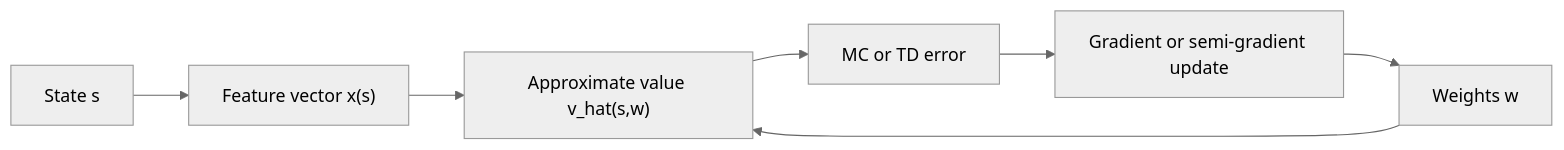
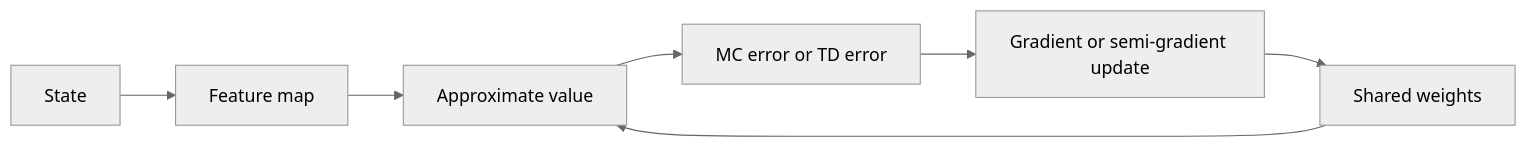
Before and after one commit to justinbrianhwang/SJ-wiki: the diagram in docs/cs/reinforcement-learning/on-policy-prediction-approximation.md, drawn with Mermaid (neutral theme). The commit also changed other lines of this file and 166 other files, not shown here.

````diff
--- a/docs/cs/reinforcement-learning/on-policy-prediction-approximation.md
+++ b/docs/cs/reinforcement-learning/on-policy-prediction-approximation.md
@@ -108,9 +103,9 @@
 ```mermaid
 flowchart LR
-  S[State s] --> X["Feature vector x(s)"]
-  X --> Model["Approximate value v_hat(s,w)"]
-  Model --> Error[MC or TD error]
-  Error --> Grad[Gradient or semi-gradient update]
-  Grad --> W[Weights w]
-  W --> Model
+  S[State] --> X[Feature map]
+  X --> V[Approximate value]
+  V --> E[MC error or TD error]
+  E --> U[Gradient or semi-gradient update]
+  U --> W[Shared weights]
+  W --> V
 ```
````
